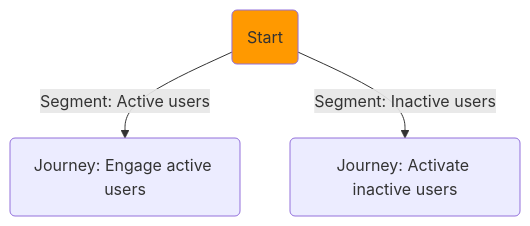
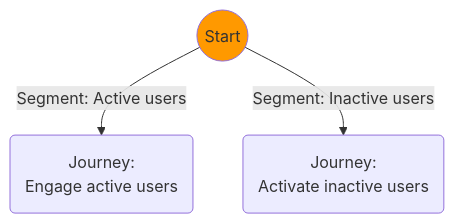
Before and after one commit to Ryanjlowe/awsdue.tv: the diagram in content/pinpoint-journeys/overview.md, drawn with Mermaid. The commit also changed 2 other files, not shown here.

Commit message:
mermaid readability improvements

```diff
--- a/content/pinpoint-journeys/overview.md
+++ b/content/pinpoint-journeys/overview.md
@@ -17,9 +17,9 @@
 {{<mermaid align="center">}}
 graph TD;
 
-    10("Start")-- Segment: Active users -->20("Journey: Engage active users")
-    10 -- Segment: Inactive users -->30("Journey: Activate inactive users")
+    A((Start)) -- Segment: Active users --> B(Journey:<br/>Engage active users)
+    A -- Segment: Inactive users --> C(Journey:<br/>Activate inactive users)
 
-    style 10 fill:#FF9900
+    style A fill:#FF9900
     
 {{< /mermaid >}}
```
